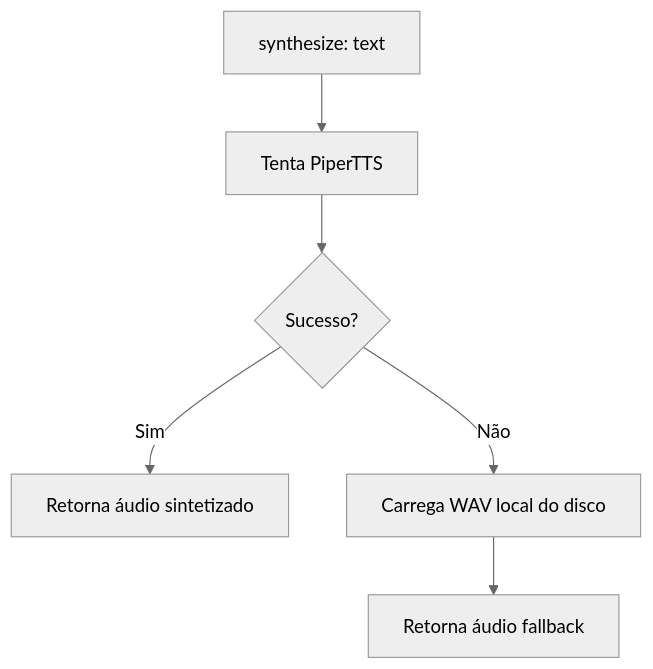
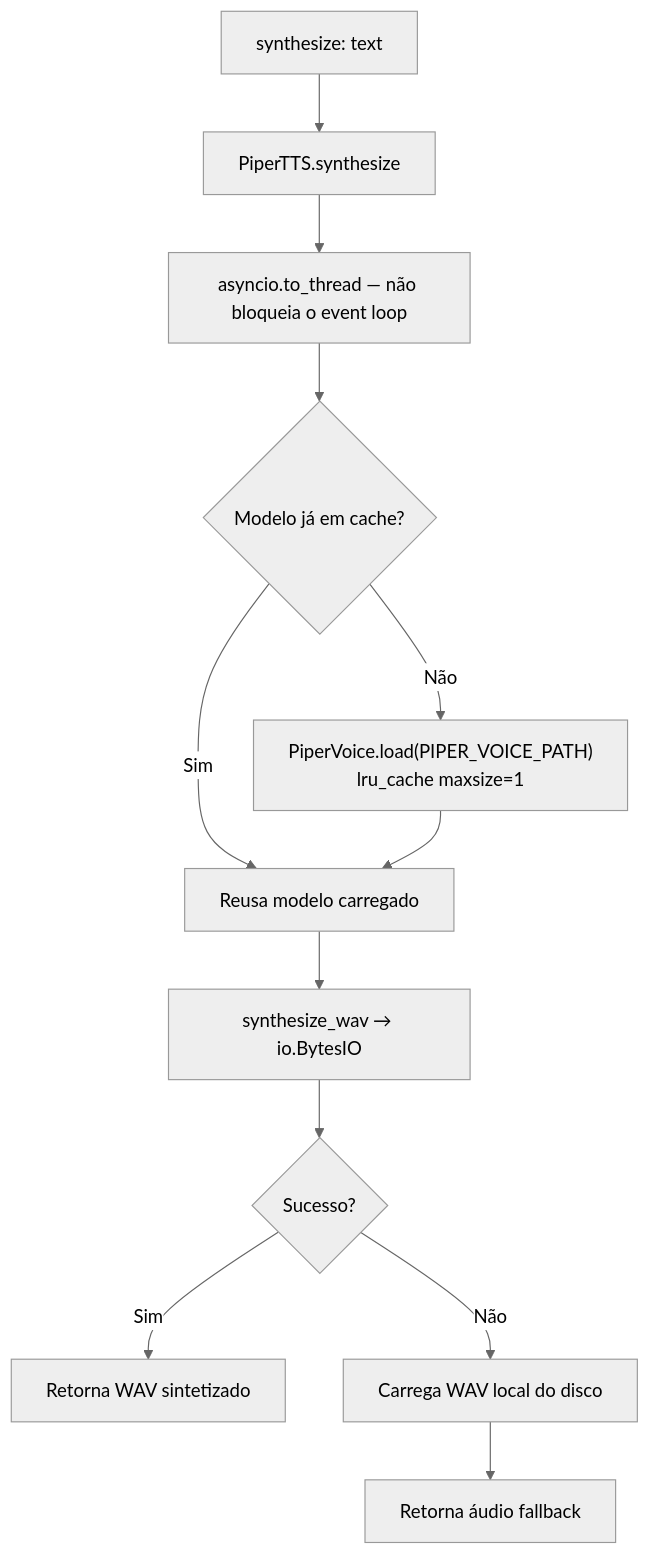
The third of 3 diagrams in _reversa_sdd/flowcharts/services-flow.md (daniel-scalioni/zenith-voip), drawn with Mermaid (neutral theme) before and after one commit. The commit also changed other lines of this file and 92 other files, not shown here.

Commit message:
docs: update architecture and design documentation including new ADRs for local audio storage and in-memory checkpointing, plus initial specs for SMB audio backup and sidecar tasks.

````diff
--- a/_reversa_sdd/flowcharts/services-flow.md
+++ b/_reversa_sdd/flowcharts/services-flow.md
@@ -20,8 +37,14 @@
 ```mermaid
 flowchart TD
-    A[synthesize: text] --> B[Tenta PiperTTS]
-    B --> C{Sucesso?}
-    C -->|Sim| D[Retorna áudio sintetizado]
-    C -->|Não| E[Carrega WAV local do disco]
-    E --> F[Retorna áudio fallback]
+    A[synthesize: text] --> B[PiperTTS.synthesize]
+    B --> C[asyncio.to_thread — não bloqueia o event loop]
+    C --> D{Modelo já em cache?}
+    D -->|Não| E["PiperVoice.load(PIPER_VOICE_PATH)<br/>lru_cache maxsize=1"]
+    D -->|Sim| F[Reusa modelo carregado]
+    E --> F
+    F --> G[synthesize_wav → io.BytesIO]
+    G --> H{Sucesso?}
+    H -->|Sim| I[Retorna WAV sintetizado]
+    H -->|Não| J[Carrega WAV local do disco]
+    J --> K[Retorna áudio fallback]
 ```
````
